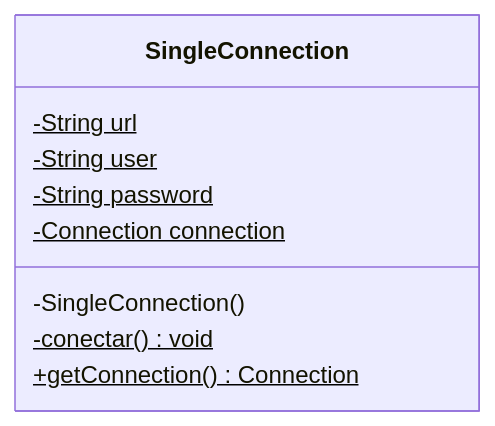
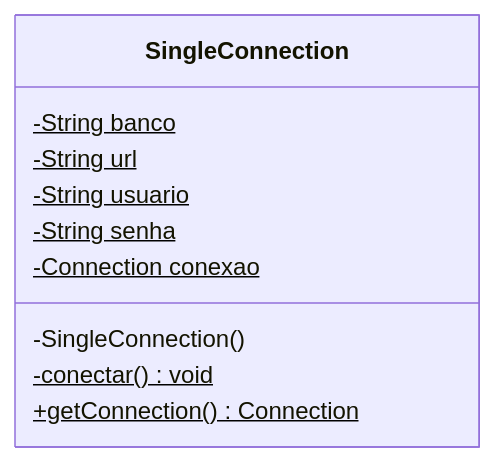
One commit to murilolol/unifef changed the tenth of 17 diagrams in 3º Semestre/[Prof. Jefferson Passerini] Laboratório de Programação III/Resumos-IA/Caderno-Consolidado.md. Above: the diagram before and after it, drawn with Mermaid. The commit also changed other lines of this file and 10 other files, not shown here.

````diff
--- a/3º Semestre/[Prof. Jefferson Passerini] Laboratório de Programação III/Resumos-IA/Caderno-Consolidado.md
+++ b/3º Semestre/[Prof. Jefferson Passerini] Laboratório de Programação III/Resumos-IA/Caderno-Consolidado.md
@@ -510,12 +851,13 @@
 ```mermaid
 classDiagram
     class SingleConnection {
+        -String banco$
         -String url$
-        -String user$
-        -String password$
-        -Connection connection$
+        -String usuario$
+        -String senha$
+        -Connection conexao$
         -SingleConnection()
-        -conectar()$ void
-        +getConnection()$ Connection
+        -conectar() void$
+        +getConnection() Connection$
     }
 ```
````
